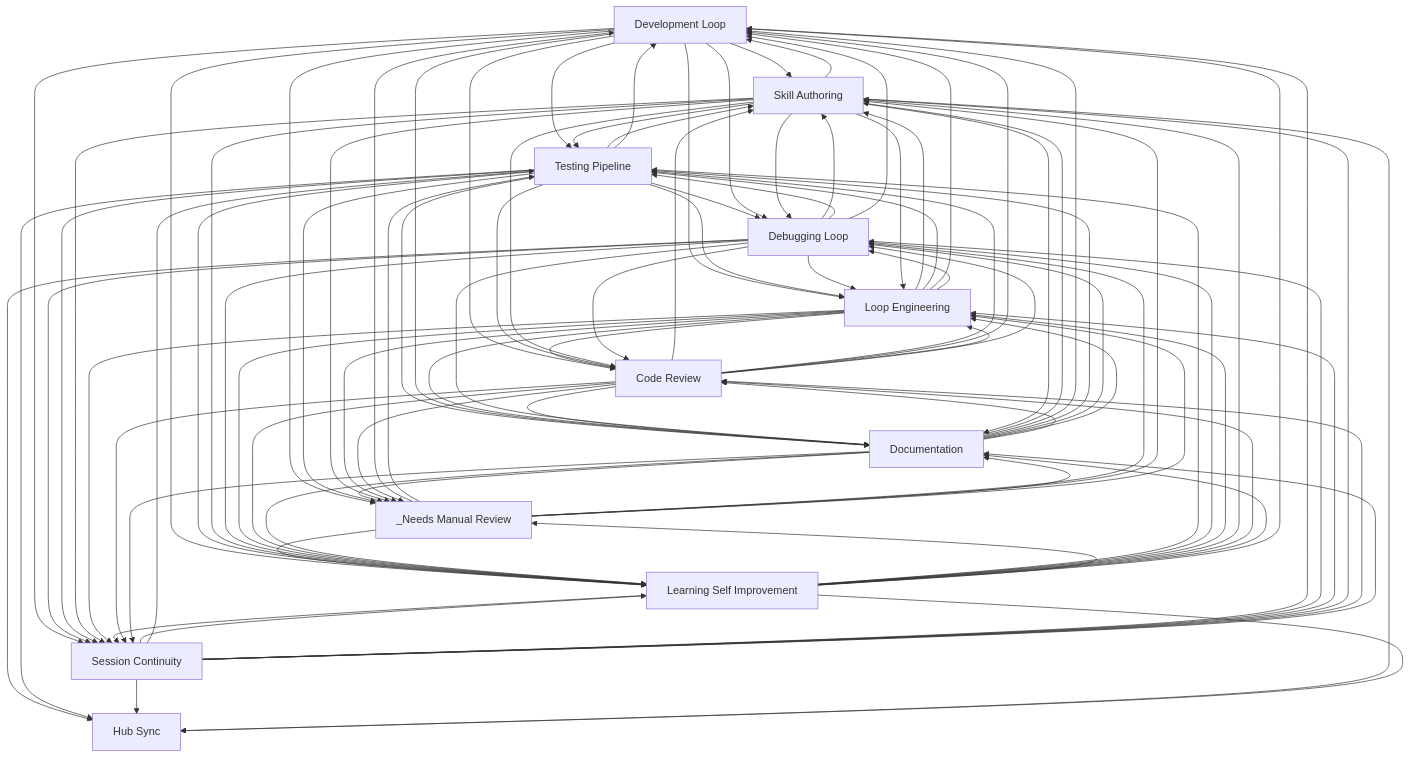
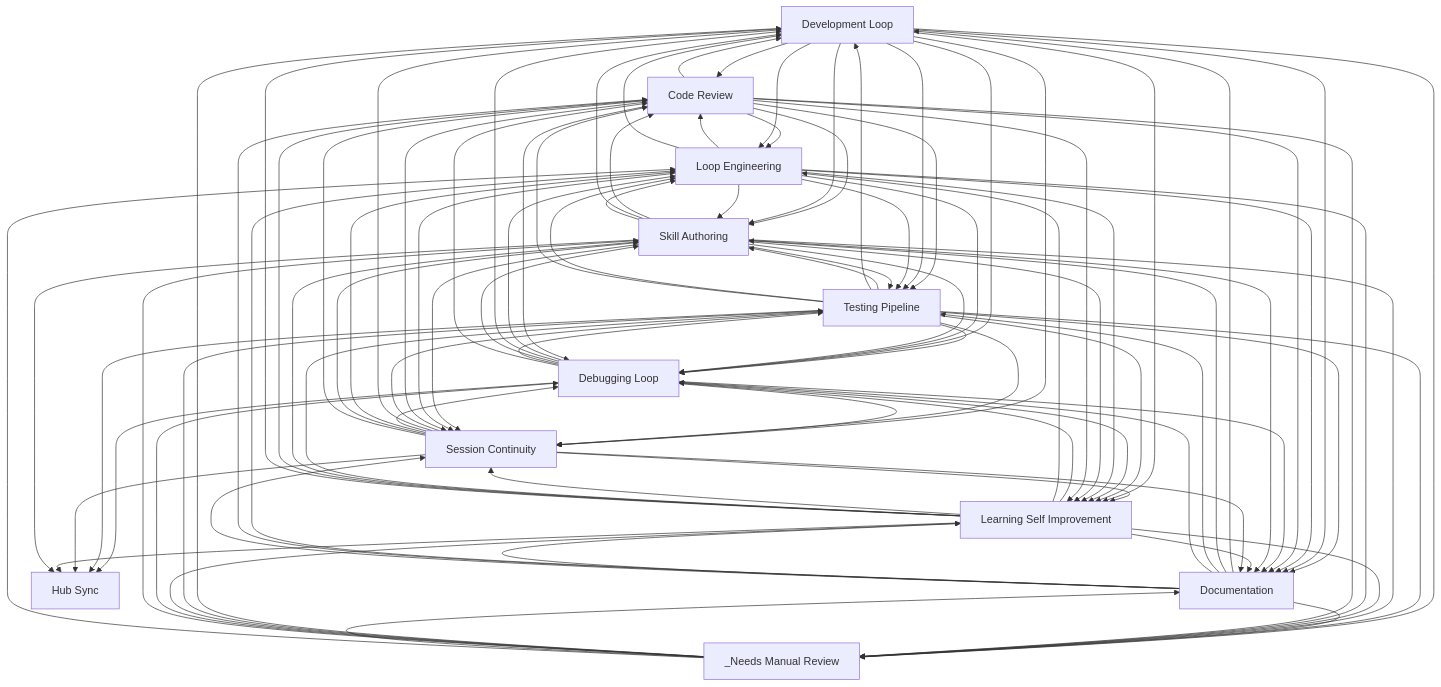
One commit to abhayla/claude-best-practices changed the diagram in docs/workflows/INDEX.md. Above: the diagram before and after it, drawn with Mermaid. The commit also changed other lines of this file and 13 other files, not shown here.

````diff
--- a/docs/workflows/INDEX.md
+++ b/docs/workflows/INDEX.md
@@ -33,18 +33,18 @@
     documentation[Documentation]
     hub_sync[Hub Sync]
     _needs_manual_review[_Needs Manual Review]
+    code_review --> loop_engineering
+    code_review --> development_loop
     code_review --> skill_authoring
     code_review --> testing_pipeline
-    code_review --> development_loop
-    code_review --> loop_engineering
+    development_loop --> code_review
+    development_loop --> loop_engineering
     development_loop --> skill_authoring
-    development_loop --> code_review
     development_loop --> testing_pipeline
-    development_loop --> loop_engineering
+    loop_engineering --> code_review
+    loop_engineering --> development_loop
     loop_engineering --> skill_authoring
-    loop_engineering --> code_review
     loop_engineering --> testing_pipeline
-    loop_engineering --> development_loop
     skill_authoring --> testing_pipeline
     testing_pipeline --> skill_authoring
     _needs_manual_review --> development_loop
@@ -52,28 +52,28 @@
     testing_pipeline --> development_loop
     testing_pipeline --> debugging_loop
     testing_pipeline --> loop_engineering
+    testing_pipeline --> documentation
     testing_pipeline --> code_review
-    testing_pipeline --> documentation
+    debugging_loop --> loop_engineering
+    debugging_loop --> development_loop
     debugging_loop --> skill_authoring
     debugging_loop --> testing_pipeline
-    debugging_loop --> development_loop
-    debugging_loop --> loop_engineering
     development_loop --> debugging_loop
     development_loop --> documentation
     loop_engineering --> documentation
     skill_authoring --> code_review
     skill_authoring --> development_loop
     skill_authoring --> loop_engineering
+    documentation --> development_loop
     documentation --> skill_authoring
-    documentation --> development_loop
     documentation --> testing_pipeline
     development_loop --> _needs_manual_review
     testing_pipeline --> _needs_manual_review
     code_review --> documentation
     session_continuity --> learning_self_improvement
     session_continuity --> testing_pipeline
+    development_loop --> learning_self_improvement
     development_loop --> session_continuity
-    development_loop --> learning_self_improvement
     _needs_manual_review --> learning_self_improvement
     testing_pipeline --> learning_self_improvement
     loop_engineering --> debugging_loop
@@ -81,47 +81,47 @@
     debugging_loop --> hub_sync
     testing_pipeline --> session_continuity
     testing_pipeline --> hub_sync
+    debugging_loop --> documentation
     debugging_loop --> code_review
-    debugging_loop --> documentation
-    skill_authoring --> session_continuity
     session_continuity --> development_loop
-    skill_authoring --> learning_self_improvement
-    skill_authoring --> debugging_loop
     session_continuity --> debugging_loop
     session_continuity --> loop_engineering
+    skill_authoring --> session_continuity
     loop_engineering --> session_continuity
+    skill_authoring --> debugging_loop
     _needs_manual_review --> debugging_loop
     debugging_loop --> learning_self_improvement
     skill_authoring --> documentation
     _needs_manual_review --> skill_authoring
     _needs_manual_review --> documentation
     documentation --> _needs_manual_review
+    learning_self_improvement --> debugging_loop
+    learning_self_improvement --> loop_engineering
     learning_self_improvement --> session_continuity
     learning_self_improvement --> testing_pipeline
-    learning_self_improvement --> debugging_loop
-    learning_self_improvement --> loop_engineering
     learning_self_improvement --> skill_authoring
+    learning_self_improvement --> documentation
     learning_self_improvement --> code_review
-    learning_self_improvement --> documentation
     learning_self_improvement --> development_loop
     skill_authoring --> _needs_manual_review
     session_continuity --> skill_authoring
     session_continuity --> hub_sync
+    session_continuity --> documentation
     session_continuity --> code_review
-    session_continuity --> documentation
     learning_self_improvement --> _needs_manual_review
+    learning_self_improvement --> hub_sync
     skill_authoring --> hub_sync
-    learning_self_improvement --> hub_sync
     _needs_manual_review --> loop_engineering
     loop_engineering --> learning_self_improvement
     loop_engineering --> _needs_manual_review
-    code_review --> debugging_loop
     documentation --> debugging_loop
     documentation --> loop_engineering
+    code_review --> debugging_loop
+    skill_authoring --> learning_self_improvement
     documentation --> code_review
+    documentation --> learning_self_improvement
+    documentation --> session_continuity
+    code_review --> learning_self_improvement
     code_review --> session_continuity
-    code_review --> learning_self_improvement
-    documentation --> session_continuity
-    documentation --> learning_self_improvement
     code_review --> _needs_manual_review
 ```
````
